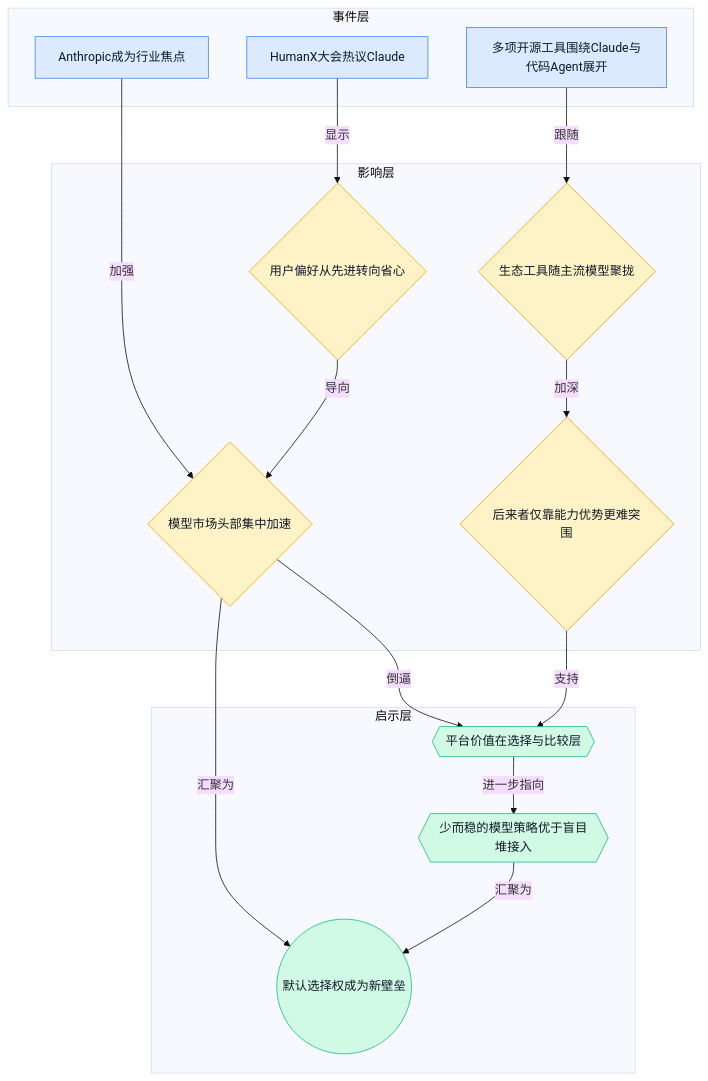
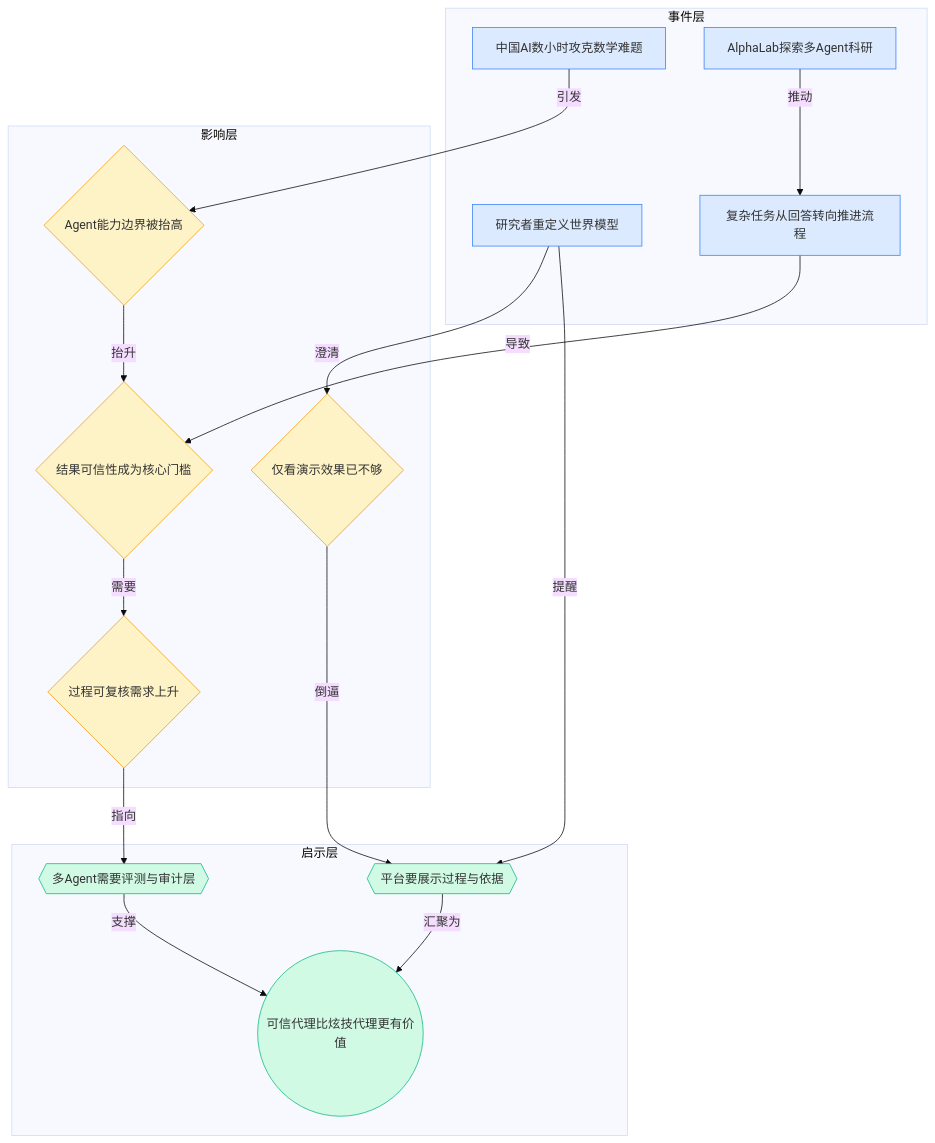
One commit to ylzsdafei/ai-daily-site changed the second of 4 diagrams in content/cn/blog/weekly/2026-W16.md. Above: the diagram before and after it, drawn with Mermaid (base theme). The commit also changed other lines of this file and 1 other file, not shown here.

Commit message:
feat: CB Insights 风格趋势全景图 + 更新大字报

````diff
--- a/content/cn/blog/weekly/2026-W16.md
+++ b/content/cn/blog/weekly/2026-W16.md
@@ -73,36 +80,41 @@
 ```mermaid
 graph TD
-  classDef event fill:#dbeafe,stroke:#3b82f6,color:#111827;
-  classDef impact fill:#fef3c7,stroke:#f59e0b,color:#111827;
-  classDef insight fill:#d1fae5,stroke:#10b981,color:#111827;
-
   subgraph 事件层
-    A[HumanX大会热议Claude]:::event
-    B[Anthropic成为行业焦点]:::event
-    C[多项开源工具围绕Claude与代码Agent展开]:::event
+    A[中国AI数小时攻克数学难题]
+    B[AlphaLab探索多Agent科研]
+    C[研究者重定义世界模型]
+    D[复杂任务从回答转向推进流程]
   end
 
   subgraph 影响层
-    D{用户偏好从先进转向省心}:::impact
-    E{模型市场头部集中加速}:::impact
-    F{生态工具随主流模型聚拢}:::impact
-    G{后来者仅靠能力优势更难突围}:::impact
+    E{Agent能力边界被抬高}
+    F{结果可信性成为核心门槛}
+    G{仅看演示效果已不够}
+    H{过程可复核需求上升}
   end
 
   subgraph 启示层
-    H{{平台价值在选择与比较层}}:::insight
-    I{{少而稳的模型策略优于盲目堆接入}}:::insight
-    J((默认选择权成为新壁垒)):::insight
+    I{{平台要展示过程与依据}}
+    J{{多Agent需要评测与审计层}}
+    K((可信代理比炫技代理更有价值))
   end
 
-  A -- 显示 --> D
-  B -- 加强 --> E
-  C -- 跟随 --> F
-  D -- 导向 --> E
-  F -- 加深 --> G
-  E -- 倒逼 --> H
-  G -- 支持 --> H
-  H -- 进一步指向 --> I
-  E -- 汇聚为 --> J
-  I -- 汇聚为 --> J
+  A -- 引发 --> E
+  B -- 推动 --> D
+  C -- 澄清 --> G
+  D -- 导致 --> F
+  E -- 抬升 --> F
+  F -- 需要 --> H
+  G -- 倒逼 --> I
+  H -- 指向 --> J
+  I -- 汇聚为 --> K
+  J -- 支撑 --> K
+  C -- 提醒 --> I
+
+  classDef event fill:#dbeafe,stroke:#3b82f6;
+  classDef impact fill:#fef3c7,stroke:#f59e0b;
+  classDef insight fill:#d1fae5,stroke:#10b981;
+  class A,B,C,D event;
+  class E,F,G,H impact;
+  class I,J,K insight;
 ```
````
